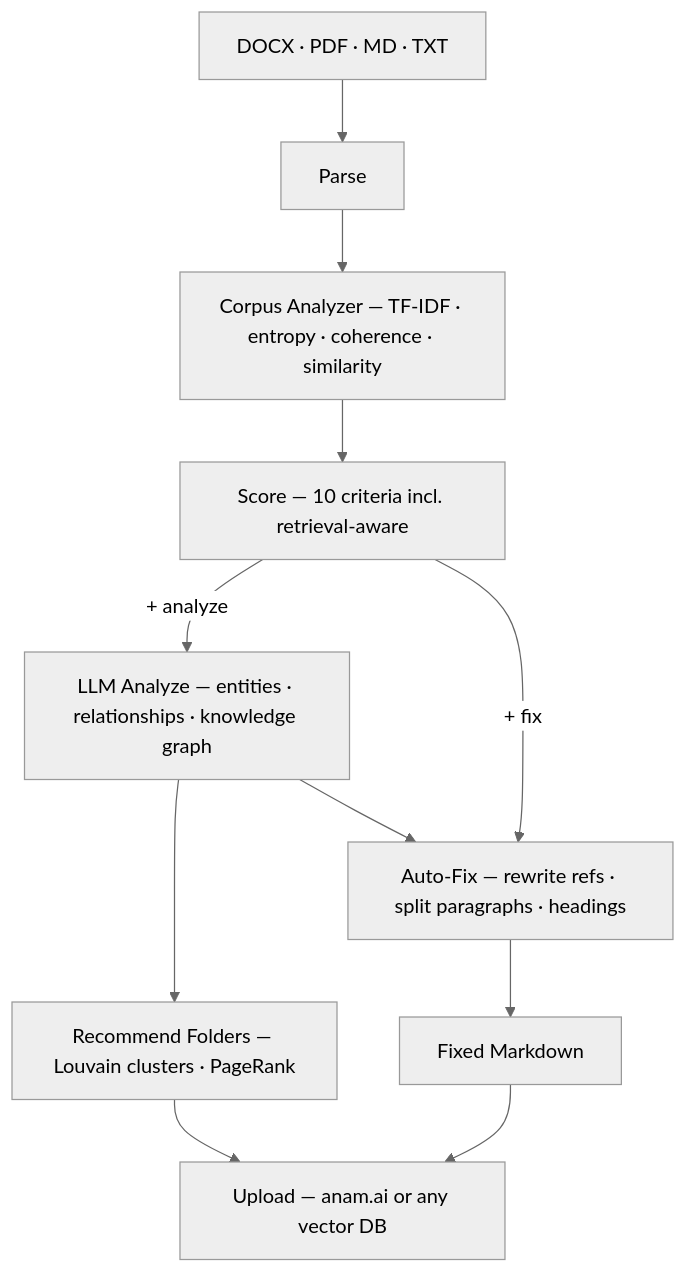
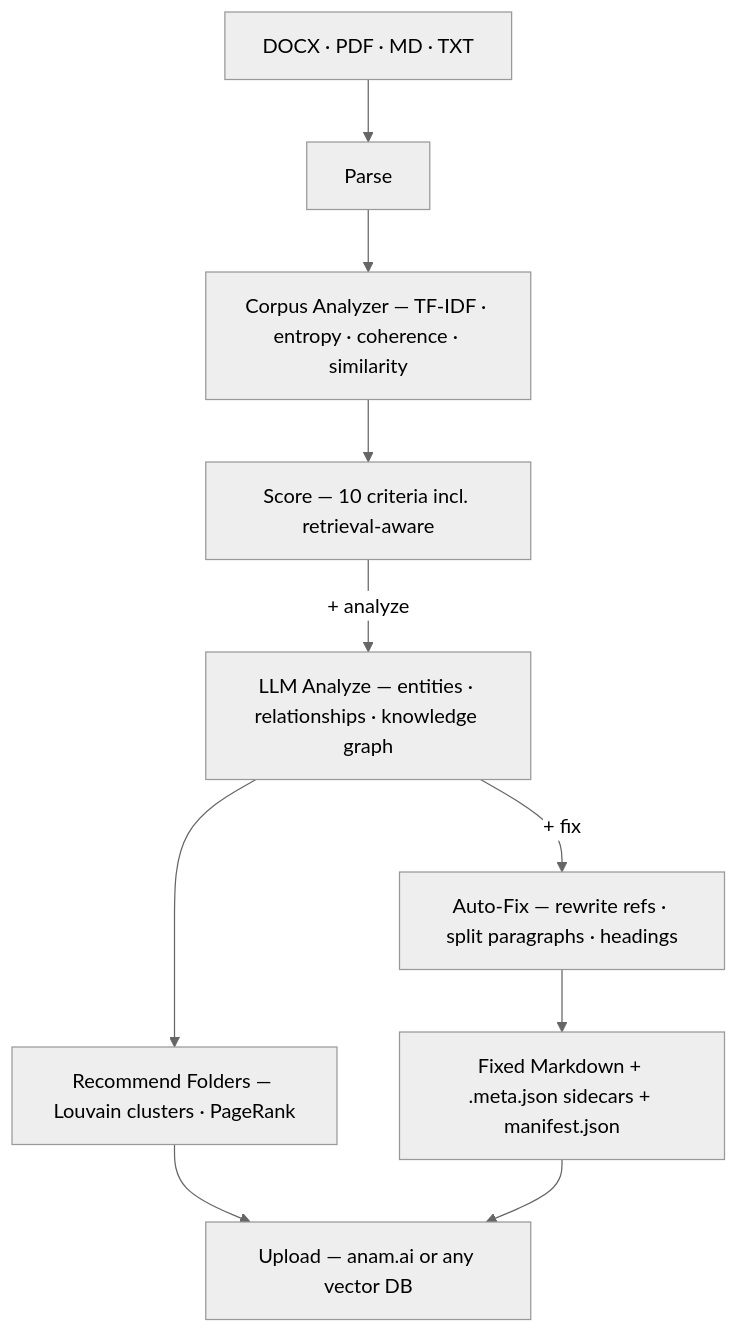
The diagram in README.md (Agentic-Studio-Labs/ingestgate), drawn with Mermaid (neutral theme) before and after one commit. The commit also changed other lines of this file, not shown here.

Commit message:
docs: fix pipeline diagram — correct fix flow (goes through analyze), add metadata export to output

````diff
--- a/README.md
+++ b/README.md
@@ -18,21 +18,20 @@
 ```mermaid
 flowchart TD
     Input[DOCX · PDF · MD · TXT]
     Parse[Parse]
     CA[Corpus Analyzer — TF-IDF · entropy · coherence · similarity]
     Score[Score — 10 criteria incl. retrieval-aware]
     Analyze[LLM Analyze — entities · relationships · knowledge graph]
     Fix[Auto-Fix — rewrite refs · split paragraphs · headings]
     Recommend[Recommend Folders — Louvain clusters · PageRank]
-    Output[Fixed Markdown]
+    Output[Fixed Markdown + .meta.json sidecars + manifest.json]
     Upload[Upload — anam.ai or any vector DB]
 
     Input --> Parse --> CA --> Score
     Score -->|+ analyze| Analyze
-    Score -->|+ fix| Fix
     Analyze --> Recommend
-    Analyze --> Fix
+    Analyze -->|+ fix| Fix
     Fix --> Output
     Recommend --> Upload
     Output --> Upload
 ```
````
